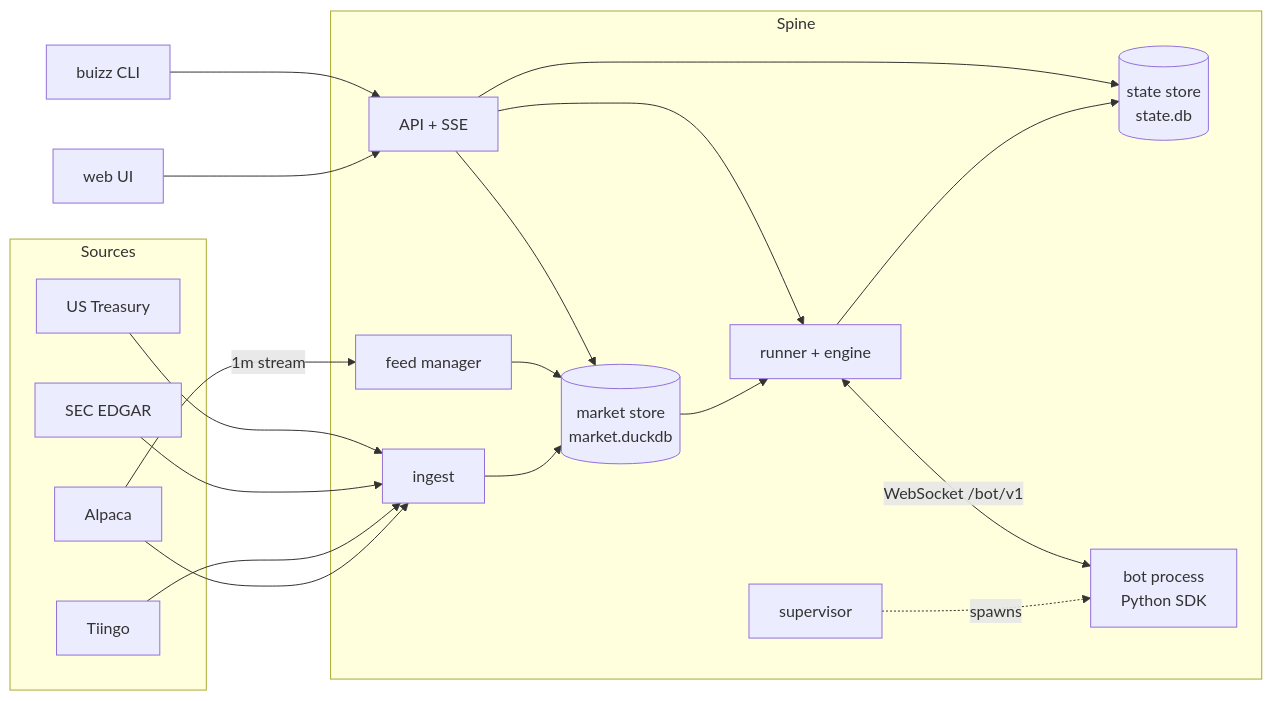
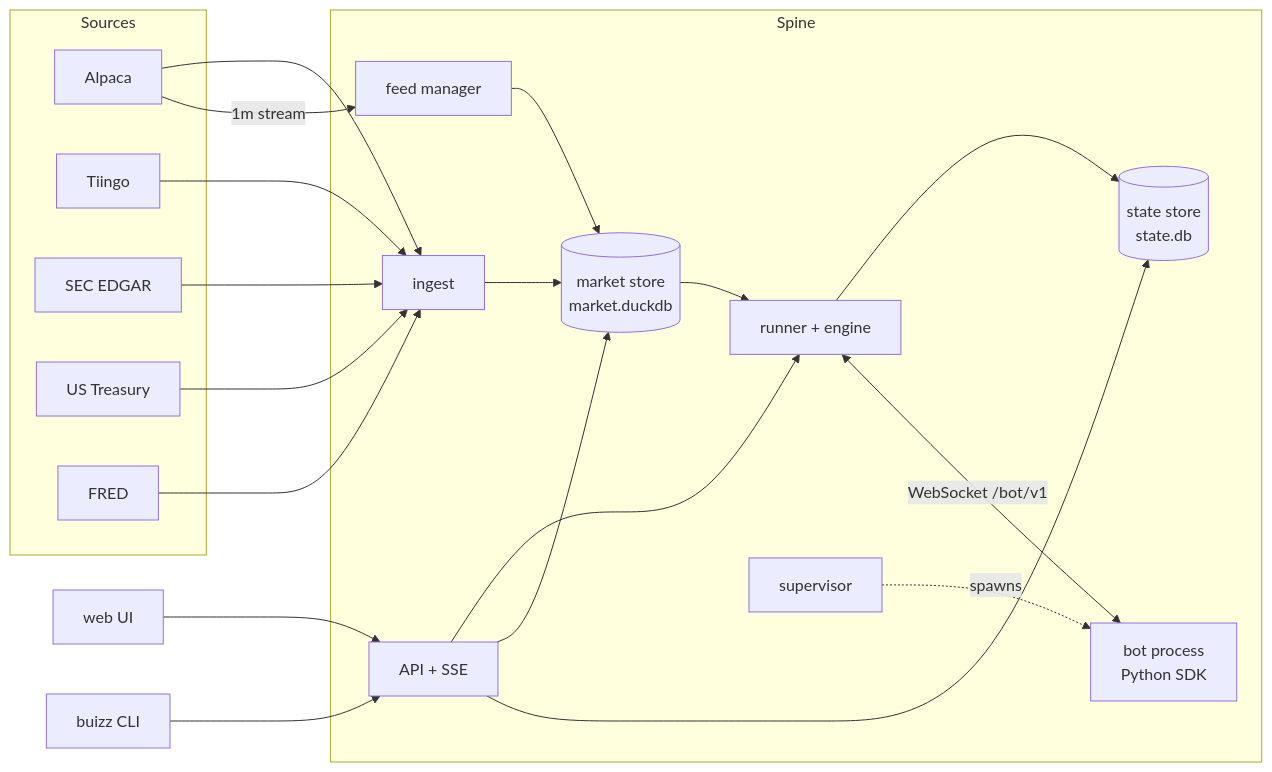
The diagram in docs/architecture.md (mikaelhug/Buizz), drawn with Mermaid before and after one commit. The commit also changed other lines of this file and 44 other files, not shown here.

````diff
--- a/docs/architecture.md
+++ b/docs/architecture.md
@@ -5,27 +5,29 @@
 ```mermaid
 flowchart LR
     subgraph Sources
         A[Alpaca]
         T[Tiingo]
         E[SEC EDGAR]
         R[US Treasury]
+        FR[FRED]
     end
     subgraph Spine
         I[ingest] --> M[(market store<br/>market.duckdb)]
         F[feed manager] --> M
         M --> RU[runner + engine]
         RU --> S[(state store<br/>state.db)]
         SU[supervisor] -. spawns .-> B
         API[API + SSE] --> RU
         API --> M
         API --> S
     end
     A --> I
     T --> I
     E --> I
     R --> I
+    FR --> I
     A -- 1m stream --> F
     RU <-- "WebSocket /bot/v1" --> B[bot process<br/>Python SDK]
     W[web UI] --> API
     C[buizz CLI] --> API
 ```
````
